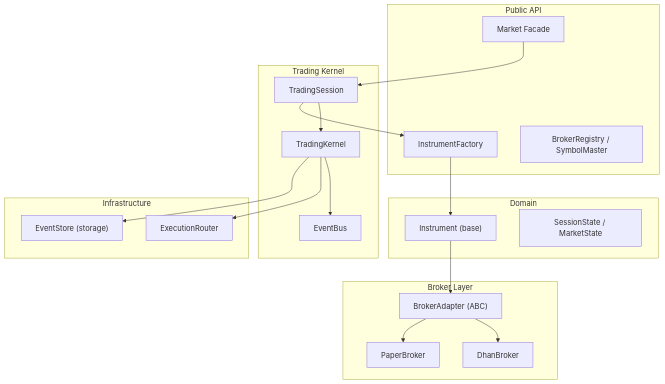
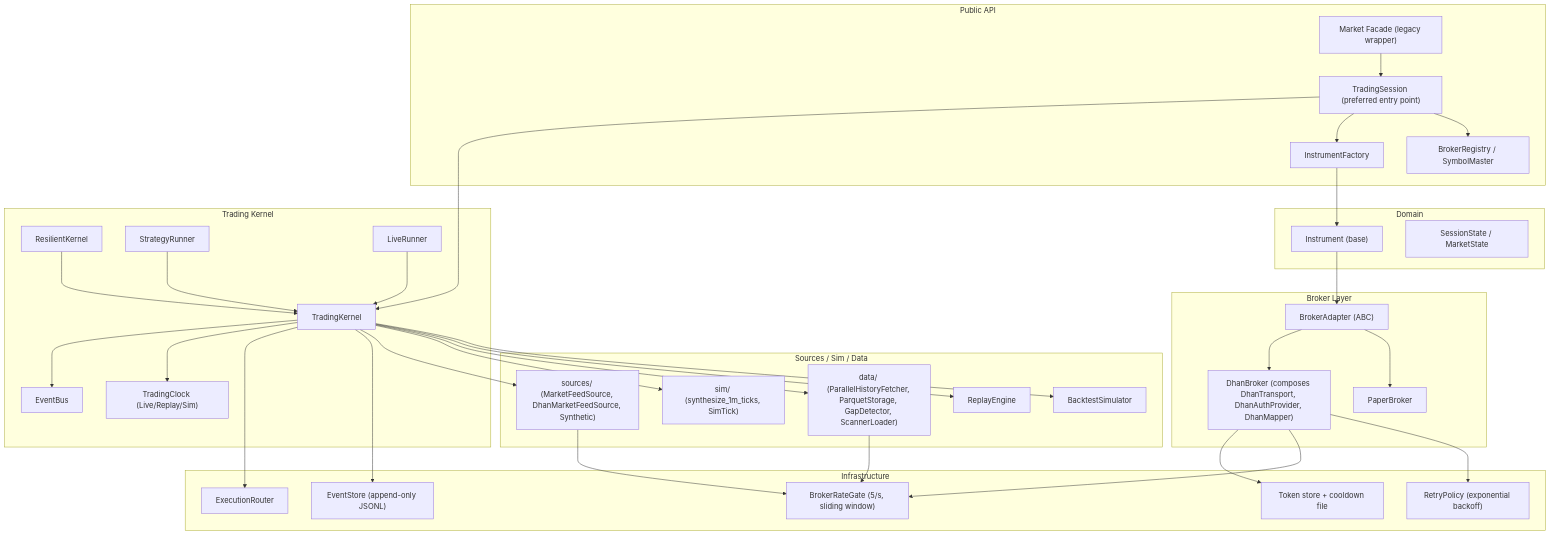
One commit to Ganesh-Kusundal/nTrade changed the first of 8 diagrams in .qoder/repowiki/en/content/Architecture Overview/Layered Architecture Design.md. Above: the diagram before and after it, drawn with Mermaid. The commit also changed other lines of this file and 2201 other files, not shown here.

Commit message:
Integrate completeness: live runner hardening, broker adapter layers, rate-limiting infrastructure, data pipeline (parquet OHLCV + ingestion scripts), contract testing framework, options analytics, and updated architecture/knowledge docs

````diff
--- a/.qoder/repowiki/en/content/Architecture Overview/Layered Architecture Design.md
+++ b/.qoder/repowiki/en/content/Architecture Overview/Layered Architecture Design.md
@@ -50,36 +51,65 @@
 ```mermaid
 graph TB
 subgraph "Public API"
-FAC["Market Facade"]
+TS["TradingSession (preferred entry point)"]
+FAC["Market Facade (legacy wrapper)"]
 FACT["InstrumentFactory"]
 REG["BrokerRegistry / SymbolMaster"]
 end
 subgraph "Trading Kernel"
-TS["TradingSession"]
 TK["TradingKernel"]
+RK["ResilientKernel"]
+RS["StrategyRunner"]
+LR["LiveRunner"]
 EB["EventBus"]
+CL["TradingClock (Live/Replay/Sim)"]
+end
+subgraph "Sources / Sim / Data"
+SRC["sources/ (MarketFeedSource, DhanMarketFeedSource, Synthetic)"]
+SIM["sim/ (synthesize_1m_ticks, SimTick)"]
+DATA["data/ (ParallelHistoryFetcher, ParquetStorage, GapDetector, ScannerLoader)"]
+RE["ReplayEngine"]
+BS["BacktestSimulator"]
 end
 subgraph "Domain"
 INST["Instrument (base)"]
 STATE["SessionState / MarketState"]
 end
 subgraph "Broker Layer"
 BBASE["BrokerAdapter (ABC)"]
-DHAN["DhanBroker"]
+DHAN["DhanBroker (composes DhanTransport, DhanAuthProvider, DhanMapper)"]
 PAPER["PaperBroker"]
 end
 subgraph "Infrastructure"
+RT["BrokerRateGate (5/s, sliding window)"]
+RP["RetryPolicy (exponential backoff)"]
+TS2["Token store + cooldown file"]
 ROUTER["ExecutionRouter"]
-STORE["EventStore (storage)"]
+STORE["EventStore (append-only JSONL)"]
 end
+TS --> TK
 FAC --> TS
-TS --> TK
+TS --> FACT
+TS --> REG
 TK --> EB
+TK --> CL
 TK --> ROUTER
-TS --> FACT
+TK --> STORE
+RK --> TK
+RS --> TK
+LR --> TK
+TK --> SRC
+TK --> SIM
+TK --> DATA
+TK --> RE
+TK --> BS
 FACT --> INST
 INST --> BBASE
 BBASE --> DHAN
 BBASE --> PAPER
-TK --> STORE
+DATA --> RT
+SRC --> RT
+DHAN --> TS2
+DHAN --> RT
+DHAN --> RP
 ```
````
